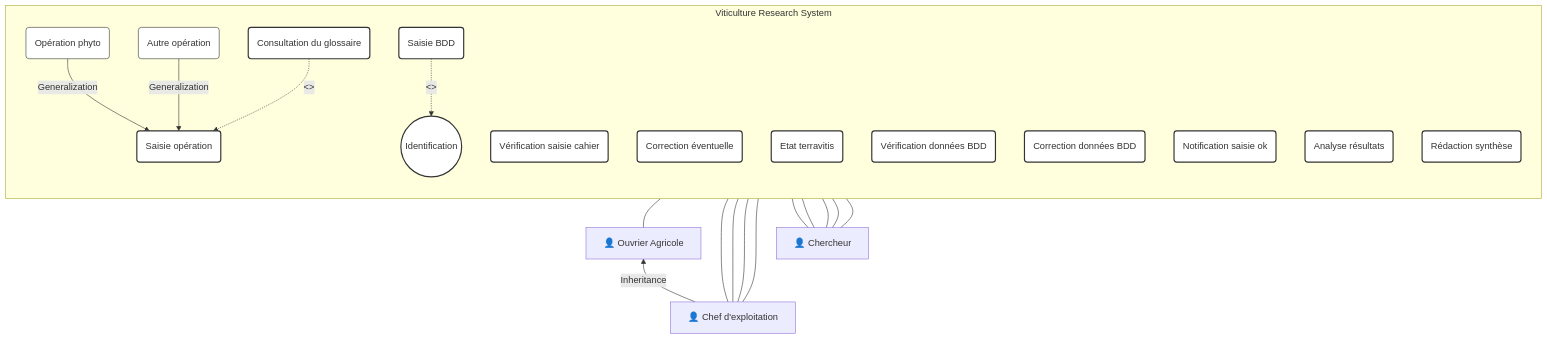
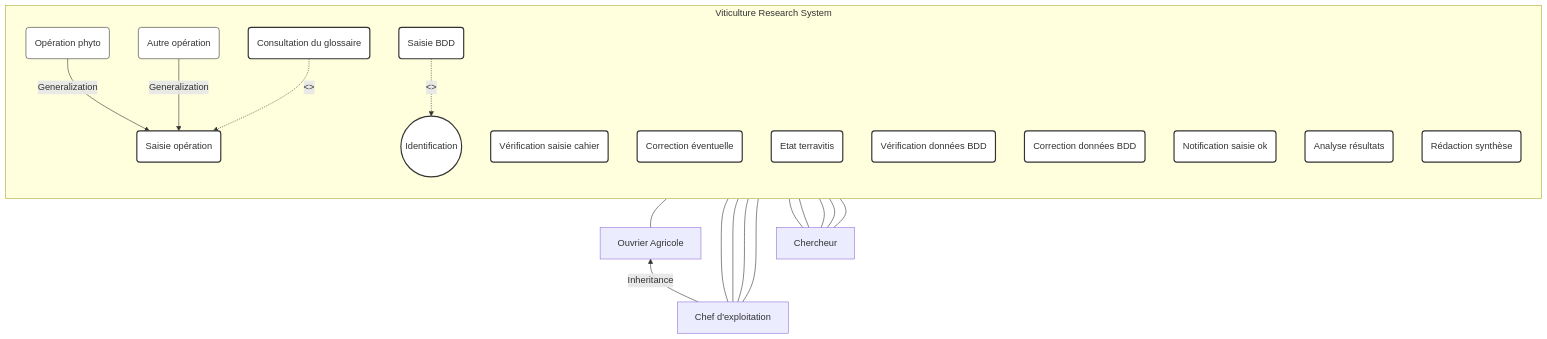
One commit to Vtheonly/Obsidian_Notes changed the third of 34 diagrams in Master 1/S2/Advanced Code Patterns/Chapter 1.1: Use Case Diagram/00100 Excercise.md. Above: the diagram before and after it, drawn with Mermaid. The commit also changed other lines of this file and 3934 other files, not shown here.

````diff
--- a/Master 1/S2/Advanced Code Patterns/Chapter 1.1: Use Case Diagram/00100 Excercise.md
+++ b/Master 1/S2/Advanced Code Patterns/Chapter 1.1: Use Case Diagram/00100 Excercise.md
@@ -131,56 +131,56 @@
 ```mermaid
 graph BT
     subgraph Viticulture Research System
         direction TB
         UC_Saisie(Saisie opération)
         UC_Phyto(Opération phyto)
         UC_Autre(Autre opération)
         UC_Glossaire(Consultation du glossaire)
         
         UC_VerifyC(Vérification saisie cahier)
         UC_CorrectC(Correction éventuelle)
         UC_SaisieBDD(Saisie BDD)
         UC_Ident((Identification))
         UC_Report(Etat terravitis)
         
         UC_VerifyD(Vérification données BDD)
         UC_CorrectD(Correction données BDD)
         UC_Notify(Notification saisie ok)
         UC_Analyze(Analyse résultats)
         UC_Synth(Rédaction synthèse)
         
         UC_Phyto -->|Generalization| UC_Saisie
         UC_Autre -->|Generalization| UC_Saisie
         UC_Glossaire -.->|<<extend>>| UC_Saisie
         UC_SaisieBDD -.->|<<include>>| UC_Ident
     end
     
-    A_Worker["👤 Ouvrier Agricole"] --- UC_Saisie
-    A_Manager["👤 Chef d'exploitation"] -->|Inheritance| A_Worker
+    A_Worker[" Ouvrier Agricole"] --- UC_Saisie
+    A_Manager[" Chef d'exploitation"] -->|Inheritance| A_Worker
     
     A_Manager --- UC_VerifyC
     A_Manager --- UC_CorrectC
     A_Manager --- UC_SaisieBDD
     A_Manager --- UC_Report
     
-    A_Researcher["👤 Chercheur"] --- UC_VerifyD
+    A_Researcher[" Chercheur"] --- UC_VerifyD
     A_Researcher --- UC_CorrectD
     A_Researcher --- UC_Notify
     A_Researcher --- UC_Analyze
     A_Researcher --- UC_Synth
     
     style UC_Saisie fill:#fff,stroke:#333,stroke-width:2px;
     style UC_Phyto fill:#fff,stroke:#333,stroke-width:1px;
     style UC_Autre fill:#fff,stroke:#333,stroke-width:1px;
     style UC_Glossaire fill:#fff,stroke:#333,stroke-width:2px;
     style UC_VerifyC fill:#fff,stroke:#333,stroke-width:2px;
     style UC_CorrectC fill:#fff,stroke:#333,stroke-width:2px;
     style UC_SaisieBDD fill:#fff,stroke:#333,stroke-width:2px;
     style UC_Ident fill:#fff,stroke:#333,stroke-width:2px;
     style UC_Report fill:#fff,stroke:#333,stroke-width:2px;
     style UC_VerifyD fill:#fff,stroke:#333,stroke-width:2px;
     style UC_CorrectD fill:#fff,stroke:#333,stroke-width:2px;
     style UC_Notify fill:#fff,stroke:#333,stroke-width:2px;
     style UC_Analyze fill:#fff,stroke:#333,stroke-width:2px;
     style UC_Synth fill:#fff,stroke:#333,stroke-width:2px;
 ```
````
